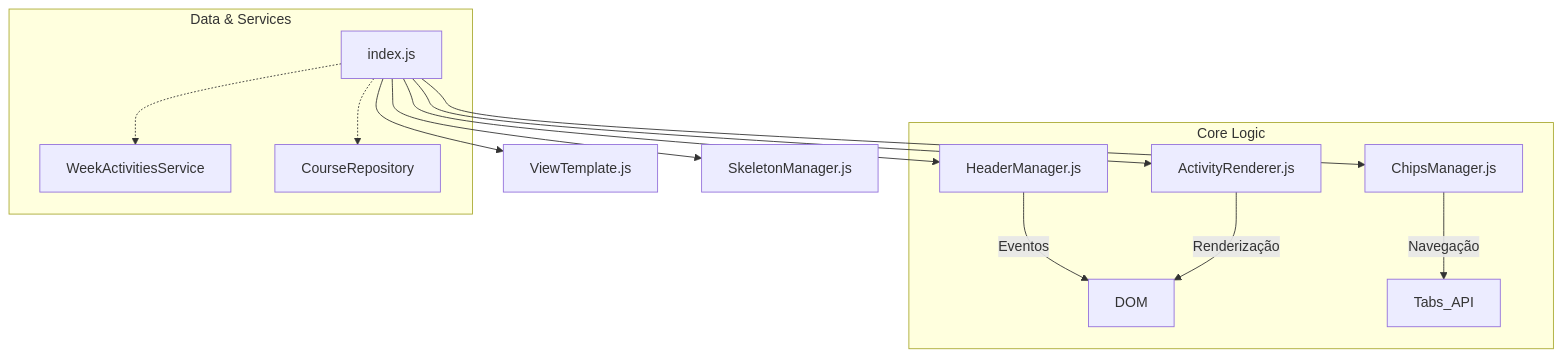
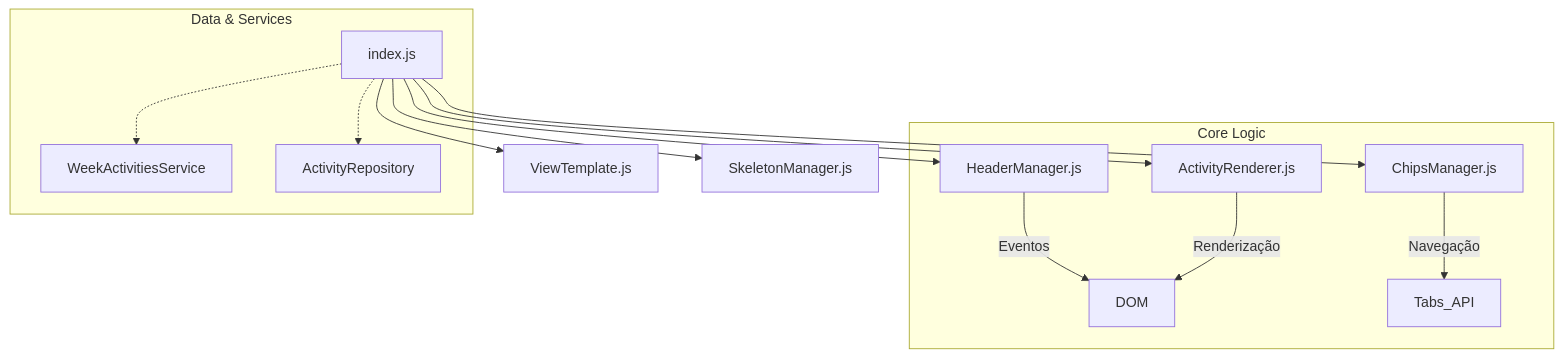
The diagram in features/courses/views/DetailsActivitiesWeekView/README.md (Gerson-Santiago/extensaoUNIVESP), drawn with Mermaid before and after one commit. The commit also changed other lines of this file and 33 other files, not shown here.

````diff
--- a/features/courses/views/DetailsActivitiesWeekView/README.md
+++ b/features/courses/views/DetailsActivitiesWeekView/README.md
@@ -25,19 +26,19 @@
 ```mermaid
 graph TD
     Index[index.js] --> ViewTemplate[ViewTemplate.js]
     Index --> HeaderManager[HeaderManager.js]
     Index --> ChipsManager[ChipsManager.js]
     Index --> ActivityRenderer[ActivityRenderer.js]
     Index --> SkeletonManager[SkeletonManager.js]
     
     subgraph "Core Logic"
         HeaderManager -- Eventos --> DOM
         ChipsManager -- Navegação --> Tabs_API
         ActivityRenderer -- Renderização --> DOM
     end
     
     subgraph "Data & Services"
         Index -.-> WeekActivitiesService
-        Index -.-> CourseRepository
+        Index -.-> ActivityRepository
     end
 ```
````
